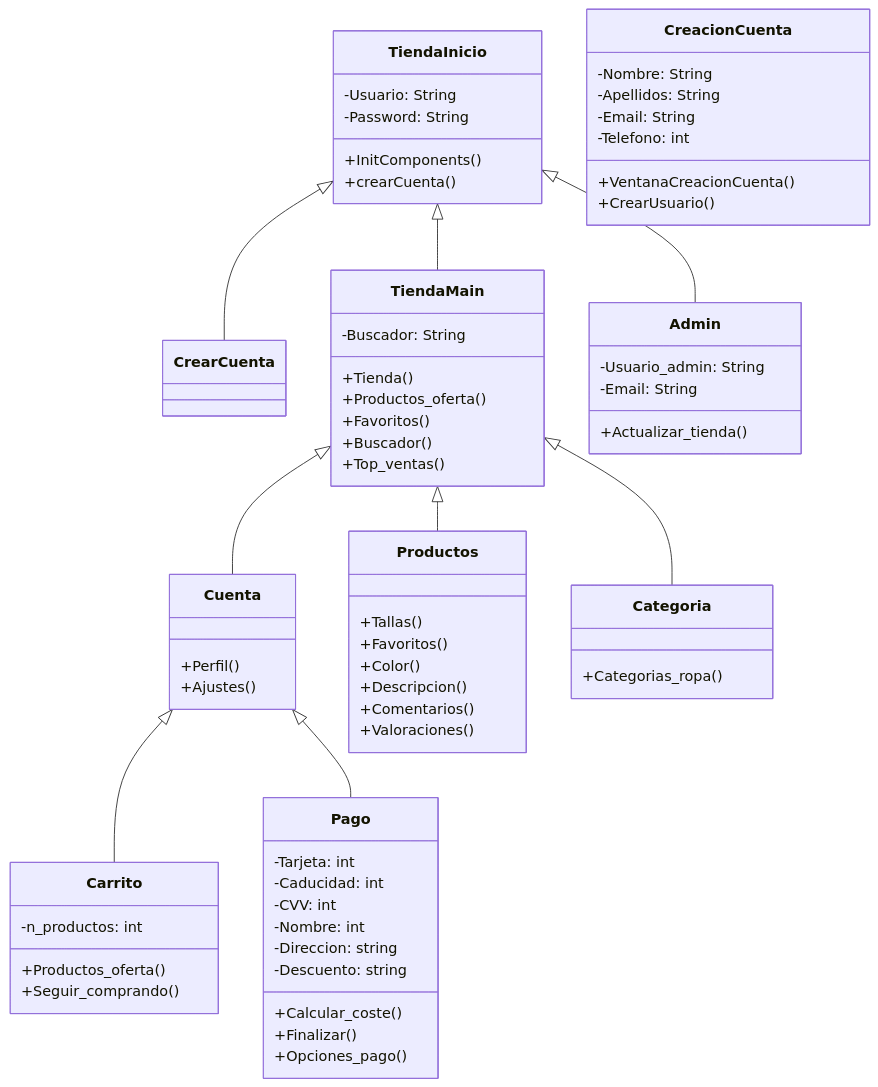
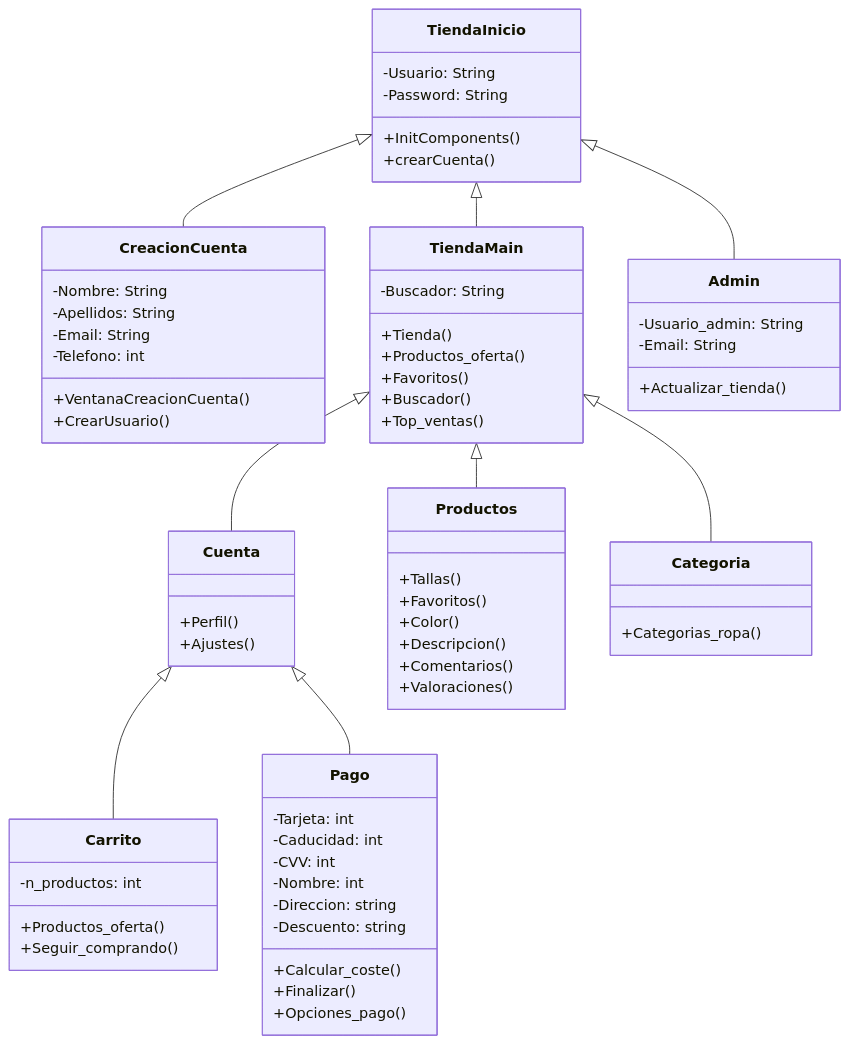
Before and after one commit to Dolcecola/Paradise: the diagram in README.md, drawn with Mermaid.

````diff
--- a/README.md
+++ b/README.md
@@ -3,80 +3,80 @@
 ```mermaid
 classDiagram
-TiendaInicio <|--CrearCuenta
+TiendaInicio <|--CreacionCuenta
 TiendaInicio <|--TiendaMain
 TiendaInicio <|--Admin
 
 TiendaMain <|--Cuenta
 TiendaMain <|--Productos
 TiendaMain <|--Categoria
 
 Cuenta <|--Carrito
 Cuenta <|--Pago
 
 class TiendaInicio{
 	-Usuario: String
 	-Password: String
 	+InitComponents()
 	+crearCuenta()
 }
 
 class CreacionCuenta{
 	-Nombre: String
 	-Apellidos: String
 	-Email: String
 	-Telefono: int
 	+VentanaCreacionCuenta()
 	+CrearUsuario()
 }
 
 class Admin{
 	-Usuario_admin: String
 	-Email: String
 	+Actualizar_tienda()
 }
 
 class TiendaMain{
 	-Buscador: String
 	+Tienda()
 	+Productos_oferta()
 	+Favoritos()
 	+Buscador()
 	+Top_ventas()
 }
 
 class Productos{
 	+Tallas()
 	+Favoritos()
 	+Color()
 	+Descripcion()
 	+Comentarios()
 	+Valoraciones()
 }
 
 class Categoria{
 	+Categorias_ropa()
 }
 
 class Cuenta{
 	+Perfil()
 	+Ajustes()
 }
 
 class Carrito{
 	-n_productos: int
 	+Productos_oferta()
 	+Seguir_comprando()
 }
 
 class Pago{
 	-Tarjeta: int
 	-Caducidad: int
 	-CVV: int
 	-Nombre: int
 	-Direccion: string
 	-Descuento: string
 	+Calcular_coste()
 	+Finalizar()
 	+Opciones_pago()
 }
 ```
````
